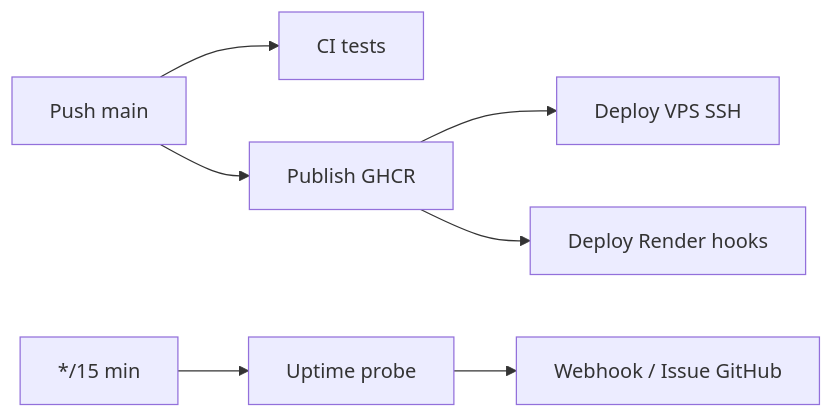
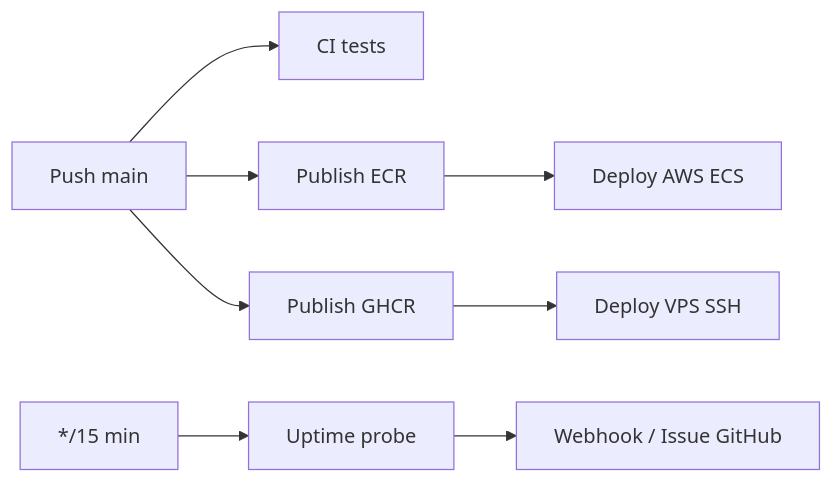
Before and after one commit to GhassenEl/frontend-petfood: the diagram in docs/CD.md, drawn with Mermaid. The commit also changed other lines of this file and 170 other files, not shown here.

````diff
--- a/docs/CD.md
+++ b/docs/CD.md
@@ -7,9 +7,10 @@
 ```mermaid
 flowchart LR
   push[Push main] --> ci[CI tests]
-  push --> publish[Publish GHCR]
-  publish --> vps[Deploy VPS SSH]
-  publish --> render[Deploy Render hooks]
+  push --> ecr[Publish ECR]
+  ecr --> aws[Deploy AWS ECS]
+  push --> ghcr[Publish GHCR]
+  ghcr --> vps[Deploy VPS SSH]
   cron[*/15 min] --> uptime[Uptime probe]
   uptime --> alert[Webhook / Issue GitHub]
 ```
````
